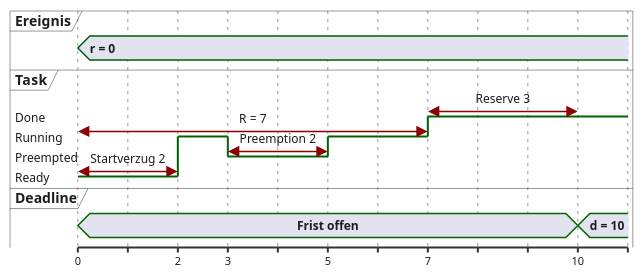
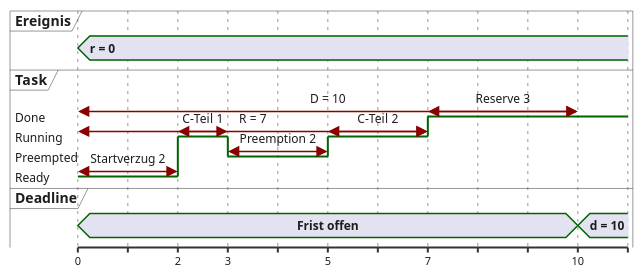
One commit to dantschi/echtzeitsysteme changed the second of 15 diagrams in vorlesungen/01_was-ist-echtzeit.qmd. Above: the diagram before and after it, drawn with PlantUML. The commit also changed other lines of this file and 3 other files, not shown here.

````diff
--- a/vorlesungen/01_was-ist-echtzeit.qmd
+++ b/vorlesungen/01_was-ist-echtzeit.qmd
@@ -292,46 +382,49 @@
 ```{.plantuml}
 @startuml
 skinparam backgroundColor transparent
 skinparam defaultFontName "Inter, sans-serif"
 skinparam defaultFontColor #1D1D1F
 skinparam ArrowColor #86868B
 skinparam NoteBackgroundColor #F5F5F7
 skinparam NoteBorderColor #E5E5EA
 skinparam timing {
   BackgroundColor #FFFFFF
   BorderColor #E5E5EA
   LineColor #1D1D1F
   SignalColor #E2001A
 }
 
 concise "Ereignis" as E
 robust "Task" as T
 T has Done,Running,Preempted,Ready
 concise "Deadline" as DL
 
 @0
 E is "r = 0"
 T is Ready
 DL is "Frist offen"
 
 @2
 T is Running
 
 @3
 T is Preempted
 
 @5
 T is Running
 
 @7
 T is Done
 
 @10
 DL is "d = 10"
 
 T@0 <-> @2 : Startverzug 2
+T@2 <-> @3 : C-Teil 1
 T@3 <-> @5 : Preemption 2
+T@5 <-> @7 : C-Teil 2
 T@0 <-> @7 : R = 7
+T@0 <-> @10 : D = 10
 T@7 <-> @10 : Reserve 3
 @enduml
 ```
````
